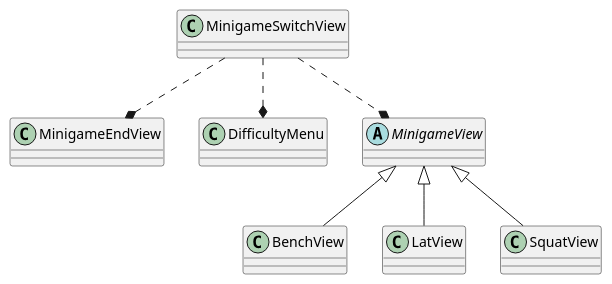
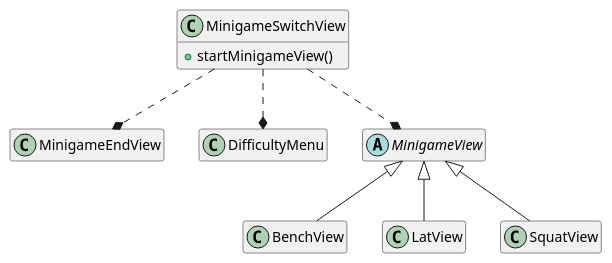
Before and after one commit to Lucaaa31/OOP23-gym-life: the diagram in UML/Minigame/MinigameSwitchView.puml, drawn with PlantUML.

Commit message:
Added UML

```diff
--- a/UML/Minigame/MinigameSwitchView.puml
+++ b/UML/Minigame/MinigameSwitchView.puml
@@ -1,16 +1,19 @@
 @startuml
 'https://plantuml.com/class-diagram
 
-class MinigameSwitchView
+hide empty members
+class MinigameSwitchView{
+    + startMinigameView()
+}
 class MinigameEndView
 class DifficultyMenu
 abstract class MinigameView
 class BenchView extends MinigameView
 class LatView extends MinigameView
 class SquatView extends MinigameView
 
 MinigameSwitchView ..* MinigameEndView
 MinigameSwitchView ..* DifficultyMenu
 MinigameSwitchView ..* MinigameView
 
 @enduml
```
